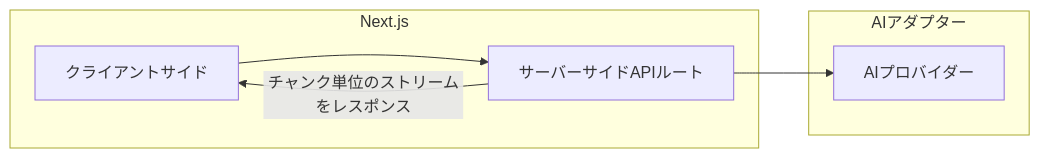
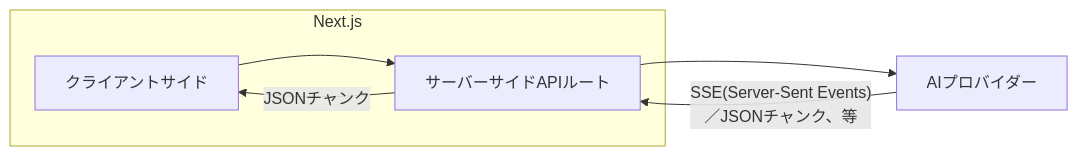
The diagram in _docs/memo.md (sudo-yoko/portfolio-nextjs), drawn with Mermaid before and after one commit.

````diff
--- a/_docs/memo.md
+++ b/_docs/memo.md
@@ -1,14 +1,12 @@
  ```mermaid
 graph LR  
  クライアントサイド-->サーバーサイドAPIルート-->AIプロバイダー
-  サーバーサイドAPIルート--チャンク単位のストリームをレスポンス-->クライアントサイド
+  サーバーサイドAPIルート--JSONチャンク-->クライアントサイド
+  AIプロバイダー--SSE(Server-Sent Events)<br>／JSONチャンク、等-->サーバーサイドAPIルート
 
   subgraph funcA [Next.js]
     クライアントサイド
     サーバーサイドAPIルート
   end
 
-  subgraph funcB [AIアダプター]
-    AIプロバイダー
-  end
  ```
````
